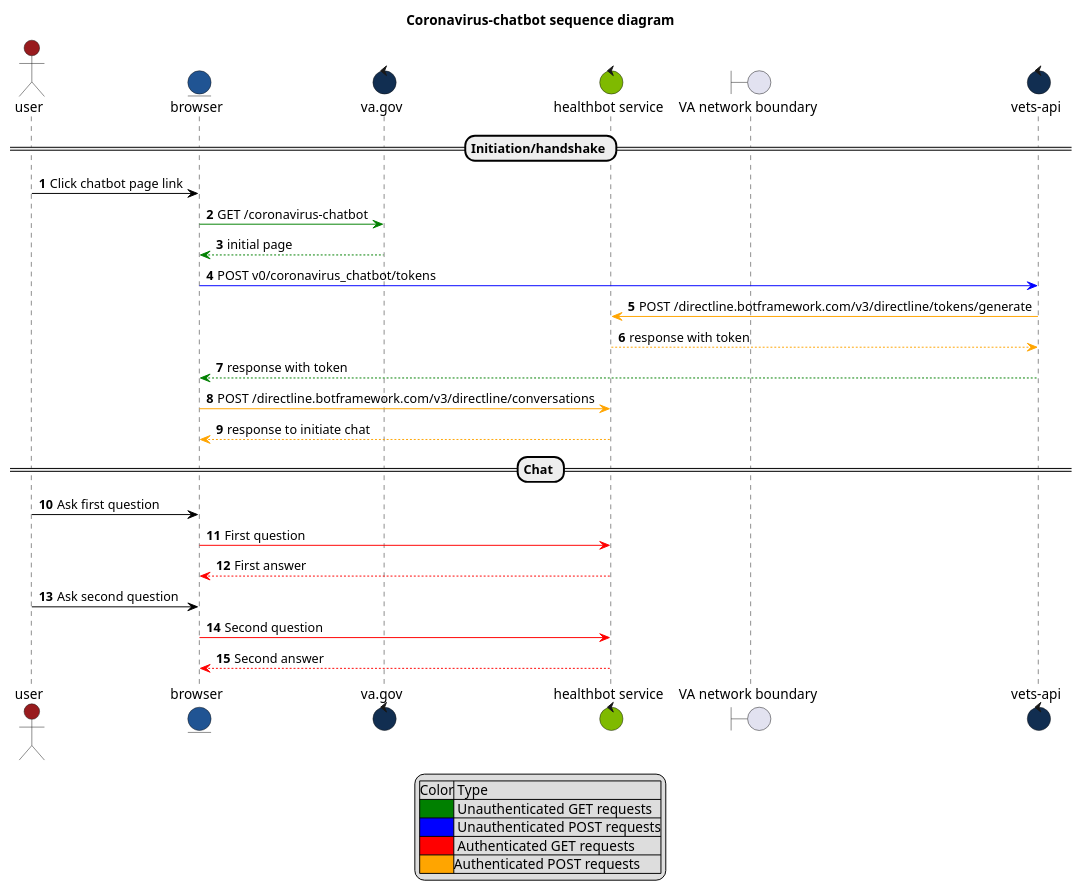
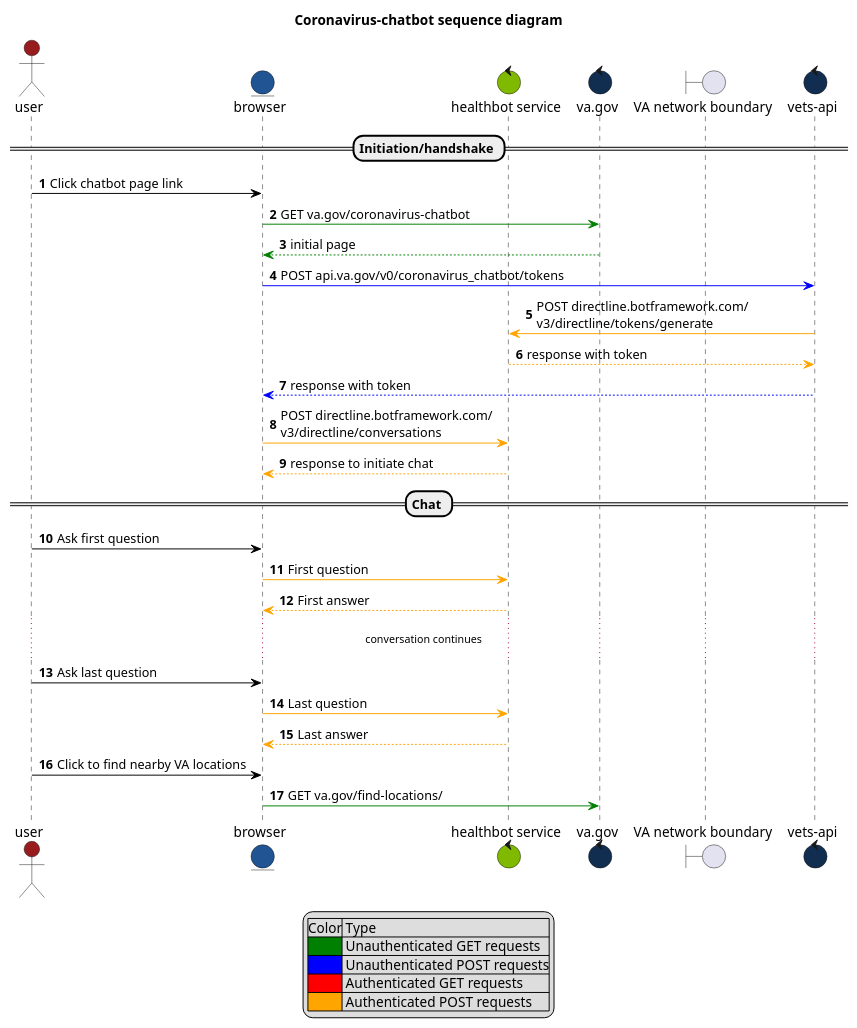
Before and after one commit to department-of-veterans-affairs/va.gov-team: the diagram in engineering/chatbot-sequence.puml, drawn with PlantUML. The commit also changed 1 other file, not shown here.

Commit message:
[#114] Cleaned up URLs a bit and added a closing call out back to va.gov

```diff
--- a/engineering/chatbot-sequence.puml
+++ b/engineering/chatbot-sequence.puml
@@ -1,48 +1,51 @@
 @startuml
 ' Syntax here: http://plantuml.com/sequence-diagram
 ' Sequence diagram showing calls from the FE to the various
 ' services associated with the healthbot
 
 title Coronavirus-chatbot sequence diagram
 
 skinparam shadowing false
 skinparam roundcorner 20
 
 ' Definition of participants
 actor user  #981b1e
 entity browser #205493
+control "healthbot service" as healthbot #7FBA00
 control "va.gov" as vagov #112e51
-control "healthbot service" as healthbot #7FBA00
 boundary "VA network boundary"
 control "vets-api" as vetsapi #112e51
 
 autonumber
 == Initiation/handshake ==
 user -[#black]> browser: Click chatbot page link
-browser -[#green]> vagov: GET /coronavirus-chatbot
+browser -[#green]> vagov: GET va.gov/coronavirus-chatbot
 vagov --[#green]> browser: initial page
-browser -[#blue]> vetsapi: POST v0/coronavirus_chatbot/tokens
-vetsapi -[#orange]> healthbot: POST /directline.botframework.com/v3/directline/tokens/generate
+browser -[#blue]> vetsapi: POST api.va.gov/v0/coronavirus_chatbot/tokens
+vetsapi -[#orange]> healthbot: POST directline.botframework.com/\nv3/directline/tokens/generate
 healthbot --[#orange]> vetsapi: response with token
-vetsapi --[#green]> browser: response with token
-browser -[#orange]> healthbot: POST /directline.botframework.com/v3/directline/conversations
+vetsapi --[#blue]> browser: response with token
+browser -[#orange]> healthbot: POST directline.botframework.com/\nv3/directline/conversations
 healthbot --[#orange]> browser: response to initiate chat
 
 == Chat ==
 user -[#black]> browser: Ask first question
-browser -[#red]> healthbot: First question
-healthbot --[#red]> browser: First answer
-user -[#black]> browser: Ask second question
-browser -[#red]> healthbot: Second question
-healthbot --[#red]> browser: Second answer
+browser -[#orange]> healthbot: First question
+healthbot --[#orange]> browser: First answer
+...conversation continues...
+user -[#black]> browser: Ask last question
+browser -[#orange]> healthbot: Last question
+healthbot --[#orange]> browser: Last answer
+user -[#black]> browser: Click to find nearby VA locations
+browser -[#green]> vagov: GET va.gov/find-locations/
 
 legend center
     |Color| Type |
     |<#green>| Unauthenticated GET requests|
     |<#blue> | Unauthenticated POST requests|
     |<#red>| Authenticated GET requests|
-    |<#orange>|Authenticated POST requests|
+    |<#orange>| Authenticated POST requests|
 endlegend
 
 
 @enduml
```
